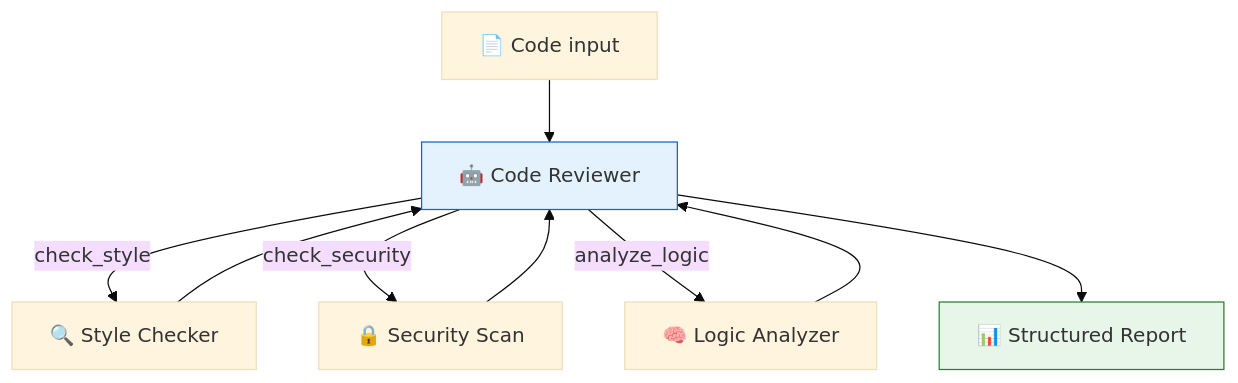
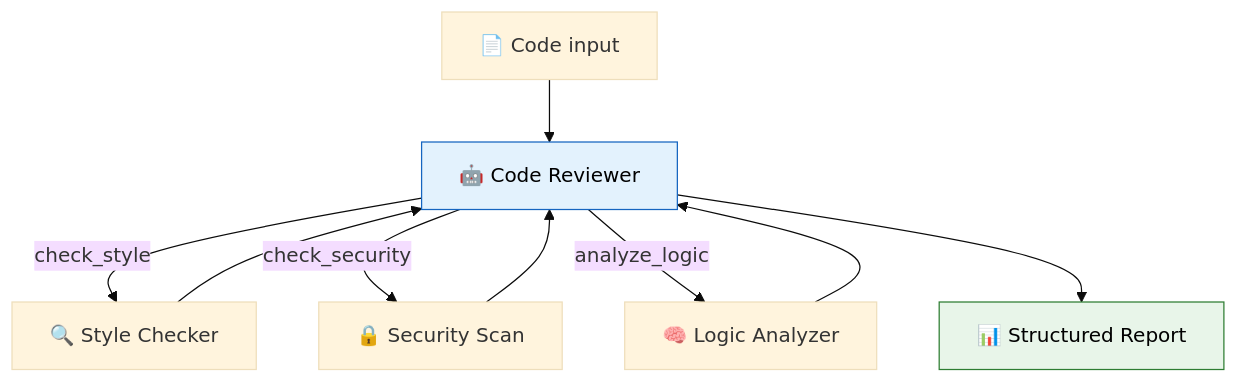
One commit to remolaan/Agentic-AI-Cookbook changed the diagram in 48_code_review_agent_project/README.md. Above: the diagram before and after it, drawn with Mermaid (base theme). The commit also changed 45 other files, not shown here.

Commit message:
Fix Mermaid diagram text colors for readability across all READMEs

````diff
--- a/48_code_review_agent_project/README.md
+++ b/48_code_review_agent_project/README.md
@@ -5,13 +5,13 @@
 ```mermaid
 flowchart TD
     C["📄 Code input"] --> A["🤖 Code Reviewer"]
     A -->|"check_style"| S["🔍 Style Checker"]
     A -->|"check_security"| SEC["🔒 Security Scan"]
     A -->|"analyze_logic"| L["🧠 Logic Analyzer"]
     S --> A
     SEC --> A
     L --> A
     A --> R["📊 Structured Report"]
-    style A fill:#e3f2fd,stroke:#1565c0
-    style R fill:#e8f5e9,stroke:#2e7d32
+    style A fill:#e3f2fd,stroke:#1565c0,color:#000000
+    style R fill:#e8f5e9,stroke:#2e7d32,color:#000000
 ```
````
